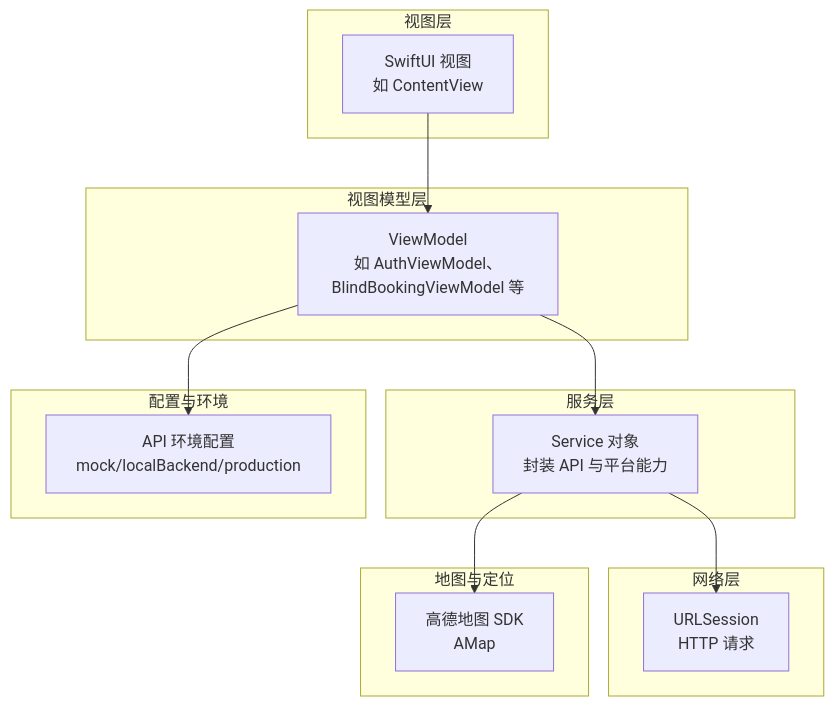
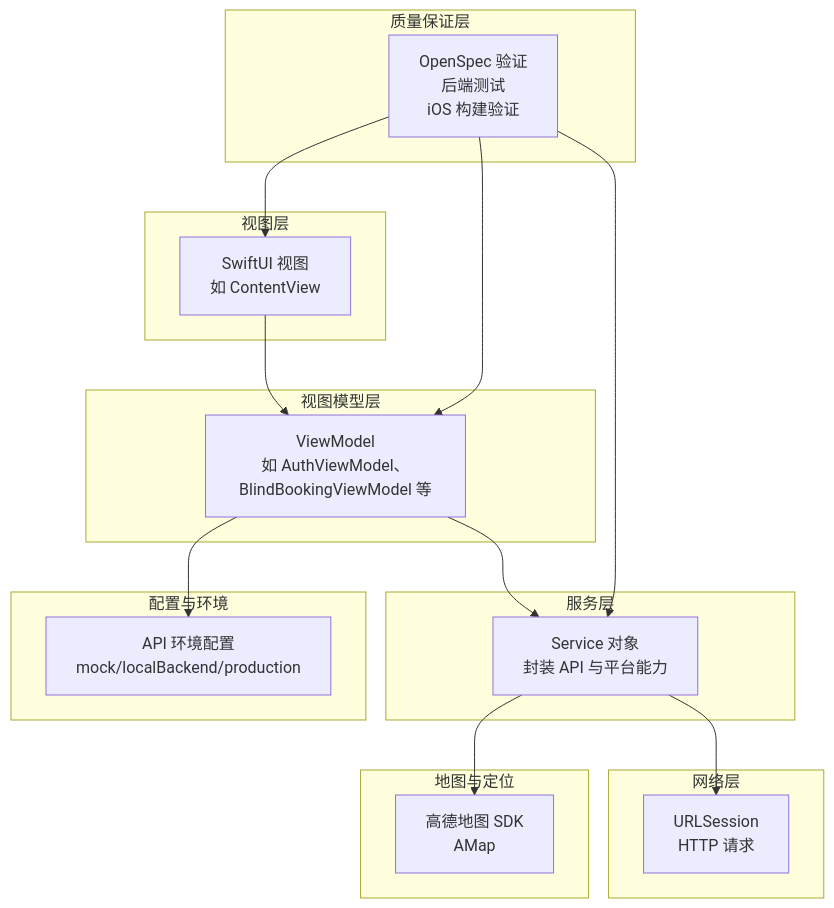
Before and after one commit to Jayden23018/blind-run-ios: the second of 4 diagrams in .qoder/repowiki/zh/content/开发指南/开发环境配置/开发环境配置.md, drawn with Mermaid. The commit also changed other lines of this file and 10 other files, not shown here.

````diff
--- a/.qoder/repowiki/zh/content/开发指南/开发环境配置/开发环境配置.md
+++ b/.qoder/repowiki/zh/content/开发指南/开发环境配置/开发环境配置.md
@@ -89,26 +115,32 @@
 ```mermaid
 graph TB
 subgraph "视图层"
 V["SwiftUI 视图<br/>如 ContentView"]
 end
 subgraph "视图模型层"
 VM["ViewModel<br/>如 AuthViewModel、BlindBookingViewModel 等"]
 end
 subgraph "服务层"
 S["Service 对象<br/>封装 API 与平台能力"]
 end
 subgraph "网络层"
 N["URLSession<br/>HTTP 请求"]
 end
 subgraph "地图与定位"
 M["高德地图 SDK<br/>AMap"]
 end
 subgraph "配置与环境"
 C["API 环境配置<br/>mock/localBackend/production"]
 end
+subgraph "质量保证层"
+QA["OpenSpec 验证<br/>后端测试<br/>iOS 构建验证"]
+end
 V --> VM
 VM --> S
 S --> N
 S --> M
 VM --> C
+QA --> V
+QA --> VM
+QA --> S
 ```
````
